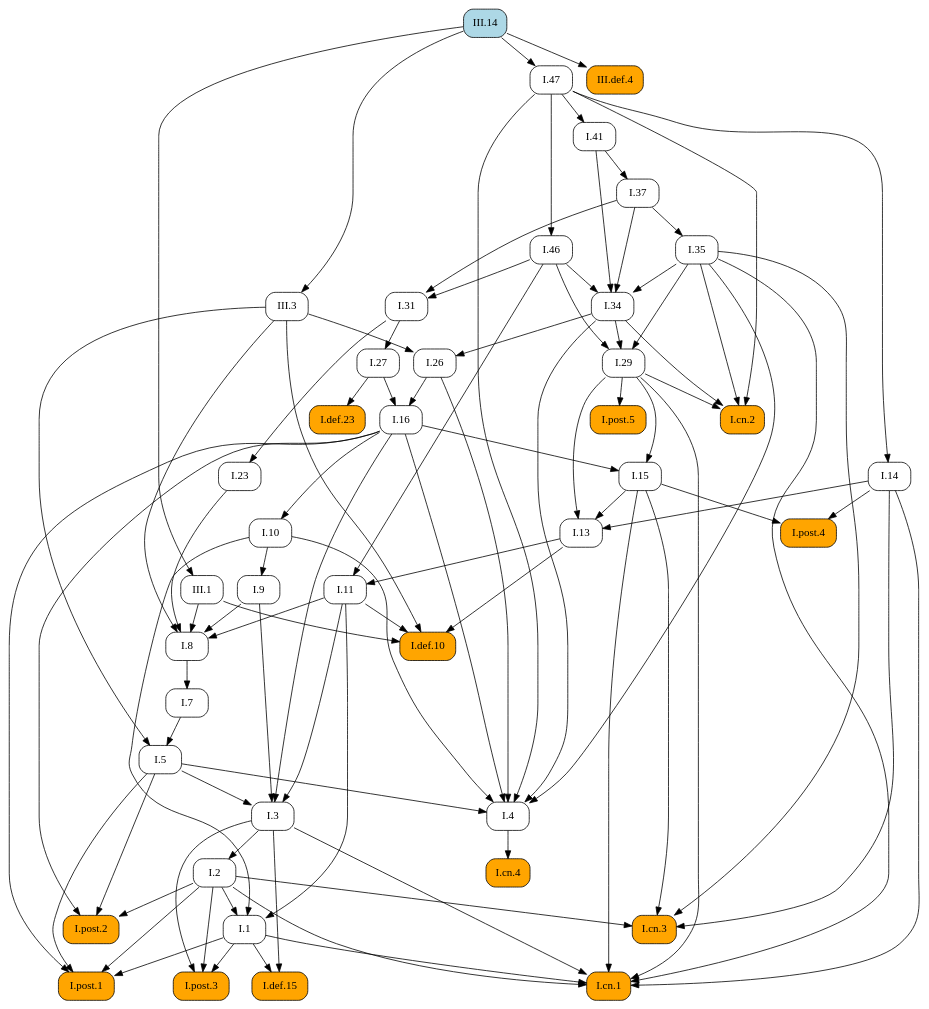
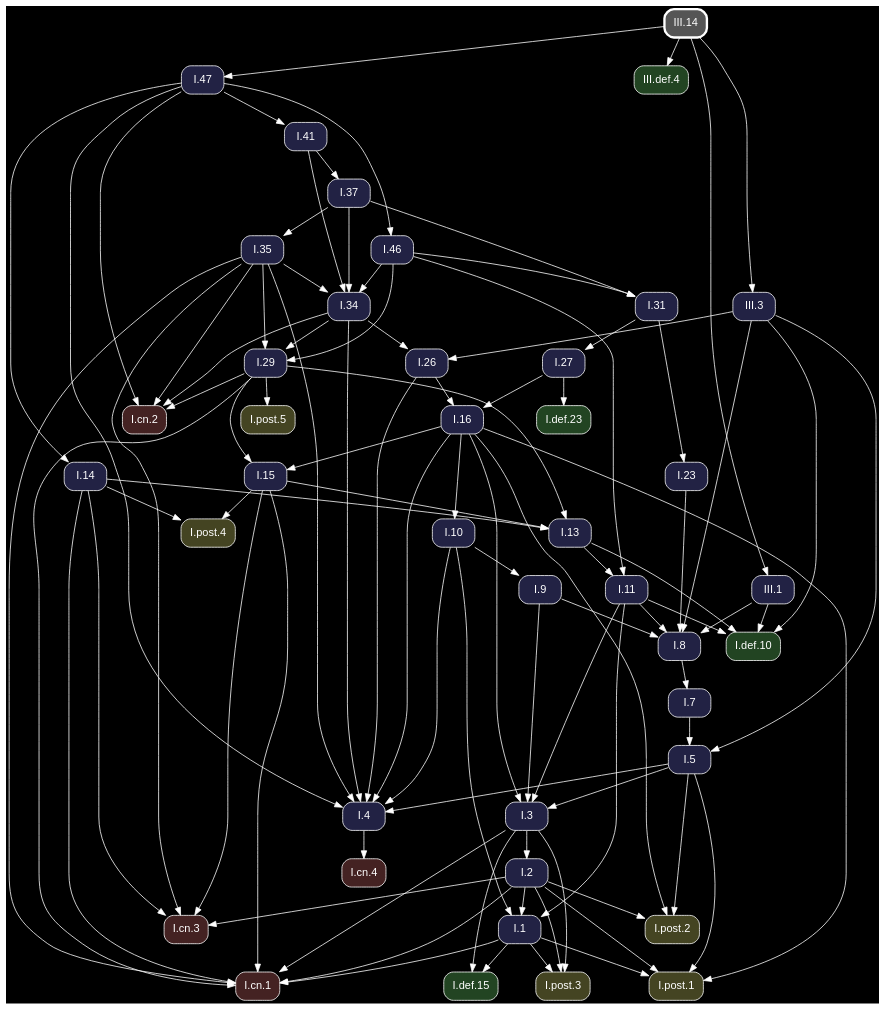
Before and after one commit to geometor/elements: the diagram in docsrc/heath/III/14/index.rst, drawn with Graphviz. The commit also changed other lines of this file and 1200 other files, not shown here.

Commit message:
update dependency graphs

```diff
--- a/docsrc/heath/III/14/index.rst
+++ b/docsrc/heath/III/14/index.rst
@@ -117,80 +117,57 @@
 .. graphviz::
 
    digraph {
+     bgcolor="black";
+     node [shape=box, style="rounded,filled", fontname="Helvetica", color="white", fontcolor="white"];
+     edge [color="white", fontcolor="white"];
      rankdir="TB";
-     node [shape=box, style=rounded];
-     "I.23" [URL="/heath/I/23/", target="_top"];
-     "I.9" [URL="/heath/I/9/", target="_top"];
-     "I.def.15" [style="rounded,filled", fillcolor=orange, URL="/heath/I/def.15/", target="_top"];
-     "I.47" [URL="/heath/I/47/", target="_top"];
-     "I.post.3" [style="rounded,filled", fillcolor=orange, URL="/heath/I/post.3/", target="_top"];
-     "III.1" [URL="/heath/III/1/", target="_top"];
-     "I.post.1" [style="rounded,filled", fillcolor=orange, URL="/heath/I/post.1/", target="_top"];
-     "III.14" [style="rounded,filled", fillcolor=lightblue, URL="/heath/III/14/", target="_top"];
-     "III.def.4" [style="rounded,filled", fillcolor=orange, URL="/heath/III/def.4/", target="_top"];
-     "I.31" [URL="/heath/I/31/", target="_top"];
-     "I.def.10" [style="rounded,filled", fillcolor=orange, URL="/heath/I/def.10/", target="_top"];
-     "I.27" [URL="/heath/I/27/", target="_top"];
-     "I.14" [URL="/heath/I/14/", target="_top"];
-     "I.34" [URL="/heath/I/34/", target="_top"];
-     "I.3" [URL="/heath/I/3/", target="_top"];
-     "I.35" [URL="/heath/I/35/", target="_top"];
-     "I.cn.1" [style="rounded,filled", fillcolor=orange, URL="/heath/I/cn.1/", target="_top"];
-     "I.7" [URL="/heath/I/7/", target="_top"];
-     "I.2" [URL="/heath/I/2/", target="_top"];
-     "I.13" [URL="/heath/I/13/", target="_top"];
-     "I.post.4" [style="rounded,filled", fillcolor=orange, URL="/heath/I/post.4/", target="_top"];
-     "I.4" [URL="/heath/I/4/", target="_top"];
-     "I.1" [URL="/heath/I/1/", target="_top"];
-     "I.5" [URL="/heath/I/5/", target="_top"];
-     "I.8" [URL="/heath/I/8/", target="_top"];
-     "I.37" [URL="/heath/I/37/", target="_top"];
-     "III.3" [URL="/heath/III/3/", target="_top"];
-     "I.cn.3" [style="rounded,filled", fillcolor=orange, URL="/heath/I/cn.3/", target="_top"];
-     "I.29" [URL="/heath/I/29/", target="_top"];
-     "I.16" [URL="/heath/I/16/", target="_top"];
-     "I.15" [URL="/heath/I/15/", target="_top"];
-     "I.10" [URL="/heath/I/10/", target="_top"];
-     "I.11" [URL="/heath/I/11/", target="_top"];
-     "I.def.23" [style="rounded,filled", fillcolor=orange, URL="/heath/I/def.23/", target="_top"];
-     "I.cn.2" [style="rounded,filled", fillcolor=orange, URL="/heath/I/cn.2/", target="_top"];
-     "I.post.5" [style="rounded,filled", fillcolor=orange, URL="/heath/I/post.5/", target="_top"];
-     "I.cn.4" [style="rounded,filled", fillcolor=orange, URL="/heath/I/cn.4/", target="_top"];
-     "I.41" [URL="/heath/I/41/", target="_top"];
-     "I.post.2" [style="rounded,filled", fillcolor=orange, URL="/heath/I/post.2/", target="_top"];
-     "I.46" [URL="/heath/I/46/", target="_top"];
-     "I.26" [URL="/heath/I/26/", target="_top"];
-     "I.31" -> "I.23";
-     "I.10" -> "I.9";
-     "I.1" -> "I.def.15";
-     "I.3" -> "I.def.15";
-     "III.14" -> "I.47";
-     "I.1" -> "I.post.3";
-     "I.2" -> "I.post.3";
-     "I.3" -> "I.post.3";
-     "III.14" -> "III.1";
-     "I.1" -> "I.post.1";
-     "I.2" -> "I.post.1";
-     "I.5" -> "I.post.1";
-     "I.16" -> "I.post.1";
-     "III.14" -> "III.def.4";
+     "I.31" [fillcolor="#222244", URL="/heath/I/31/", target="_top"];
+     "I.3" [fillcolor="#222244", URL="/heath/I/3/", target="_top"];
+     "I.cn.1" [fillcolor="#442222", URL="/heath/I/cn.1/", target="_top"];
+     "I.def.10" [fillcolor="#224422", URL="/heath/I/def.10/", target="_top"];
+     "I.15" [fillcolor="#222244", URL="/heath/I/15/", target="_top"];
+     "I.13" [fillcolor="#222244", URL="/heath/I/13/", target="_top"];
+     "I.27" [fillcolor="#222244", URL="/heath/I/27/", target="_top"];
+     "I.2" [fillcolor="#222244", URL="/heath/I/2/", target="_top"];
+     "I.41" [fillcolor="#222244", URL="/heath/I/41/", target="_top"];
+     "I.cn.2" [fillcolor="#442222", URL="/heath/I/cn.2/", target="_top"];
+     "I.9" [fillcolor="#222244", URL="/heath/I/9/", target="_top"];
+     "I.1" [fillcolor="#222244", URL="/heath/I/1/", target="_top"];
+     "I.post.5" [fillcolor="#444422", URL="/heath/I/post.5/", target="_top"];
+     "I.post.4" [fillcolor="#444422", URL="/heath/I/post.4/", target="_top"];
+     "I.23" [fillcolor="#222244", URL="/heath/I/23/", target="_top"];
+     "I.26" [fillcolor="#222244", URL="/heath/I/26/", target="_top"];
+     "I.8" [fillcolor="#222244", URL="/heath/I/8/", target="_top"];
+     "I.4" [fillcolor="#222244", URL="/heath/I/4/", target="_top"];
+     "I.7" [fillcolor="#222244", URL="/heath/I/7/", target="_top"];
+     "I.5" [fillcolor="#222244", URL="/heath/I/5/", target="_top"];
+     "I.10" [fillcolor="#222244", URL="/heath/I/10/", target="_top"];
+     "I.46" [fillcolor="#222244", URL="/heath/I/46/", target="_top"];
+     "I.post.1" [fillcolor="#444422", URL="/heath/I/post.1/", target="_top"];
+     "I.11" [fillcolor="#222244", URL="/heath/I/11/", target="_top"];
+     "I.37" [fillcolor="#222244", URL="/heath/I/37/", target="_top"];
+     "I.16" [fillcolor="#222244", URL="/heath/I/16/", target="_top"];
+     "I.cn.3" [fillcolor="#442222", URL="/heath/I/cn.3/", target="_top"];
+     "III.1" [fillcolor="#222244", URL="/heath/III/1/", target="_top"];
+     "III.def.4" [fillcolor="#224422", URL="/heath/III/def.4/", target="_top"];
+     "I.29" [fillcolor="#222244", URL="/heath/I/29/", target="_top"];
+     "I.post.2" [fillcolor="#444422", URL="/heath/I/post.2/", target="_top"];
+     "III.14" [penwidth=3, color="white", fillcolor="#555555", URL="/heath/III/14/", target="_top"];
+     "I.cn.4" [fillcolor="#442222", URL="/heath/I/cn.4/", target="_top"];
+     "I.47" [fillcolor="#222244", URL="/heath/I/47/", target="_top"];
+     "I.14" [fillcolor="#222244", URL="/heath/I/14/", target="_top"];
+     "I.35" [fillcolor="#222244", URL="/heath/I/35/", target="_top"];
+     "I.def.23" [fillcolor="#224422", URL="/heath/I/def.23/", target="_top"];
+     "III.3" [fillcolor="#222244", URL="/heath/III/3/", target="_top"];
+     "I.post.3" [fillcolor="#444422", URL="/heath/I/post.3/", target="_top"];
+     "I.34" [fillcolor="#222244", URL="/heath/I/34/", target="_top"];
+     "I.def.15" [fillcolor="#224422", URL="/heath/I/def.15/", target="_top"];
      "I.37" -> "I.31";
      "I.46" -> "I.31";
-     "I.11" -> "I.def.10";
-     "I.13" -> "I.def.10";
-     "III.1" -> "I.def.10";
-     "III.3" -> "I.def.10";
-     "I.31" -> "I.27";
-     "I.47" -> "I.14";
-     "I.35" -> "I.34";
-     "I.37" -> "I.34";
-     "I.41" -> "I.34";
-     "I.46" -> "I.34";
      "I.5" -> "I.3";
      "I.9" -> "I.3";
      "I.11" -> "I.3";
      "I.16" -> "I.3";
-     "I.37" -> "I.35";
      "I.1" -> "I.cn.1";
      "I.2" -> "I.cn.1";
      "I.3" -> "I.cn.1";
@@ -198,13 +175,37 @@
      "I.15" -> "I.cn.1";
      "I.29" -> "I.cn.1";
      "I.35" -> "I.cn.1";
-     "I.8" -> "I.7";
-     "I.3" -> "I.2";
+     "I.11" -> "I.def.10";
+     "I.13" -> "I.def.10";
+     "III.1" -> "I.def.10";
+     "III.3" -> "I.def.10";
+     "I.16" -> "I.15";
+     "I.29" -> "I.15";
      "I.14" -> "I.13";
      "I.15" -> "I.13";
      "I.29" -> "I.13";
+     "I.31" -> "I.27";
+     "I.3" -> "I.2";
+     "I.47" -> "I.41";
+     "I.29" -> "I.cn.2";
+     "I.34" -> "I.cn.2";
+     "I.35" -> "I.cn.2";
+     "I.47" -> "I.cn.2";
+     "I.10" -> "I.9";
+     "I.2" -> "I.1";
+     "I.10" -> "I.1";
+     "I.11" -> "I.1";
+     "I.29" -> "I.post.5";
      "I.14" -> "I.post.4";
      "I.15" -> "I.post.4";
+     "I.31" -> "I.23";
+     "I.34" -> "I.26";
+     "III.3" -> "I.26";
+     "I.9" -> "I.8";
+     "I.11" -> "I.8";
+     "I.23" -> "I.8";
+     "III.1" -> "I.8";
+     "III.3" -> "I.8";
      "I.5" -> "I.4";
      "I.10" -> "I.4";
      "I.16" -> "I.4";
@@ -212,44 +213,45 @@
      "I.34" -> "I.4";
      "I.35" -> "I.4";
      "I.47" -> "I.4";
-     "I.2" -> "I.1";
-     "I.10" -> "I.1";
-     "I.11" -> "I.1";
+     "I.8" -> "I.7";
      "I.7" -> "I.5";
      "III.3" -> "I.5";
-     "I.9" -> "I.8";
-     "I.11" -> "I.8";
-     "I.23" -> "I.8";
-     "III.1" -> "I.8";
-     "III.3" -> "I.8";
+     "I.16" -> "I.10";
+     "I.47" -> "I.46";
+     "I.1" -> "I.post.1";
+     "I.2" -> "I.post.1";
+     "I.5" -> "I.post.1";
+     "I.16" -> "I.post.1";
+     "I.13" -> "I.11";
+     "I.46" -> "I.11";
      "I.41" -> "I.37";
-     "III.14" -> "III.3";
+     "I.26" -> "I.16";
+     "I.27" -> "I.16";
      "I.2" -> "I.cn.3";
      "I.14" -> "I.cn.3";
      "I.15" -> "I.cn.3";
      "I.35" -> "I.cn.3";
+     "III.14" -> "III.1";
+     "III.14" -> "III.def.4";
      "I.34" -> "I.29";
      "I.35" -> "I.29";
      "I.46" -> "I.29";
-     "I.26" -> "I.16";
-     "I.27" -> "I.16";
-     "I.16" -> "I.15";
-     "I.29" -> "I.15";
-     "I.16" -> "I.10";
-     "I.13" -> "I.11";
-     "I.46" -> "I.11";
-     "I.27" -> "I.def.23";
-     "I.29" -> "I.cn.2";
-     "I.34" -> "I.cn.2";
-     "I.35" -> "I.cn.2";
-     "I.47" -> "I.cn.2";
-     "I.29" -> "I.post.5";
-     "I.4" -> "I.cn.4";
-     "I.47" -> "I.41";
      "I.2" -> "I.post.2";
      "I.5" -> "I.post.2";
      "I.16" -> "I.post.2";
-     "I.47" -> "I.46";
-     "I.34" -> "I.26";
-     "III.3" -> "I.26";
+     "I.4" -> "I.cn.4";
+     "III.14" -> "I.47";
+     "I.47" -> "I.14";
+     "I.37" -> "I.35";
+     "I.27" -> "I.def.23";
+     "III.14" -> "III.3";
+     "I.1" -> "I.post.3";
+     "I.2" -> "I.post.3";
+     "I.3" -> "I.post.3";
+     "I.35" -> "I.34";
+     "I.37" -> "I.34";
+     "I.41" -> "I.34";
+     "I.46" -> "I.34";
+     "I.1" -> "I.def.15";
+     "I.3" -> "I.def.15";
    }
```
